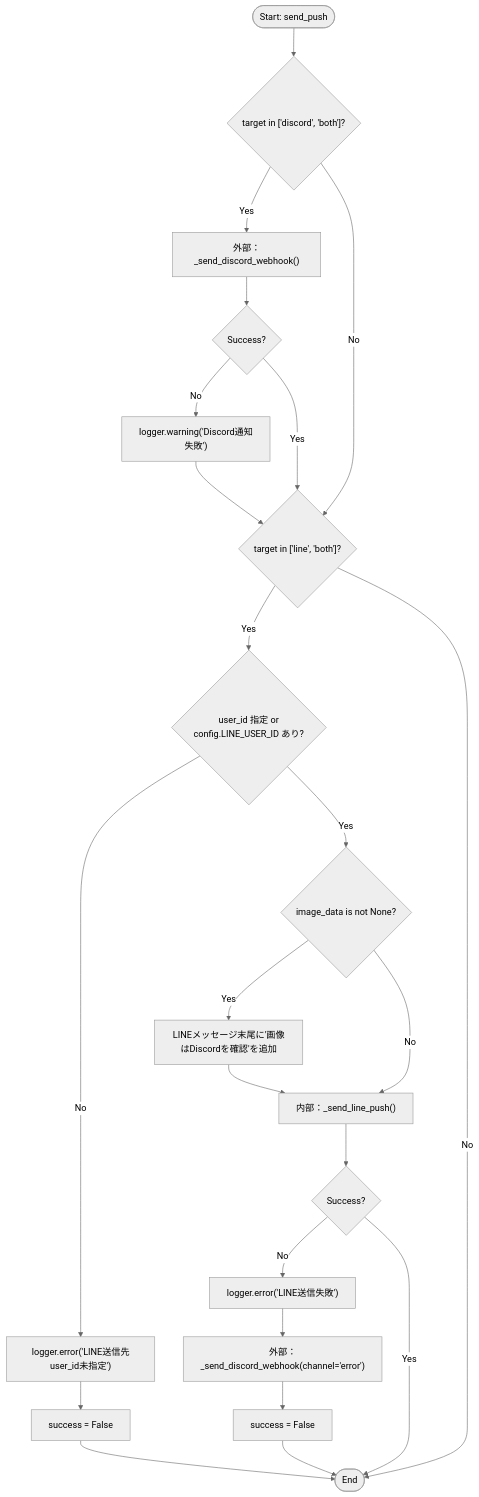
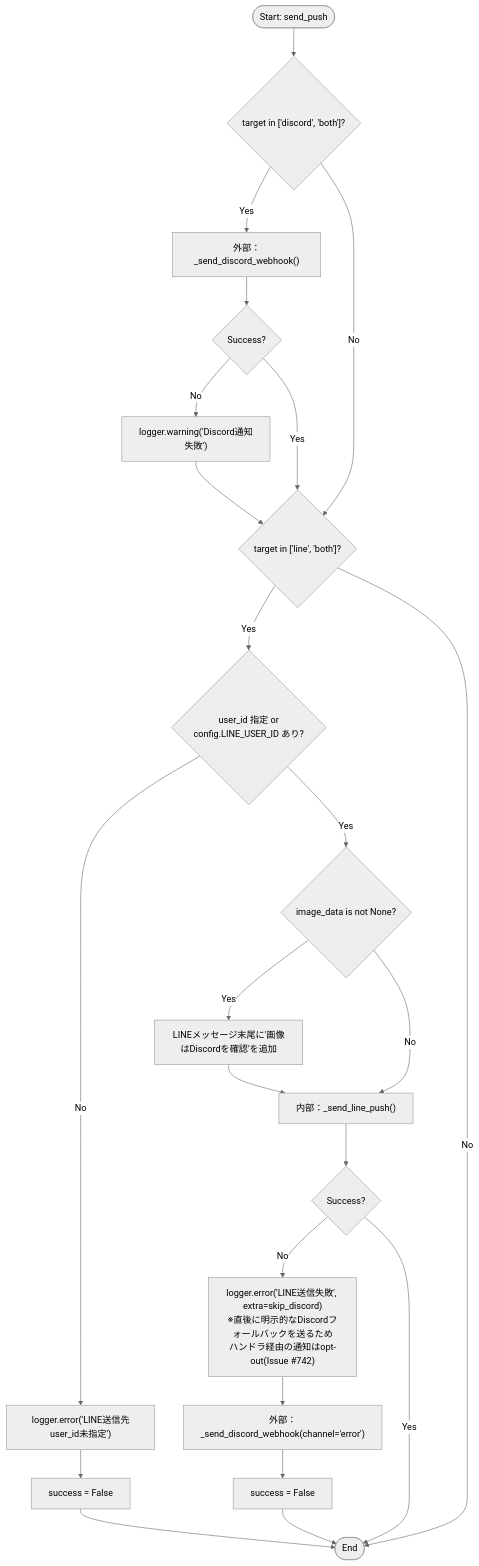
One commit to mmtigers/my_python_project changed the first of 2 diagrams in docs/specifications/MY_HOME_SYSTEM/notification_service.md. Above: the diagram before and after it, drawn with Mermaid (neutral theme). The commit also changed other lines of this file and 66 other files, not shown here.

````diff
--- a/docs/specifications/MY_HOME_SYSTEM/notification_service.md
+++ b/docs/specifications/MY_HOME_SYSTEM/notification_service.md
@@ -188,32 +188,32 @@
 ```mermaid
 flowchart TD
     Start([Start: send_push]) --> TargetCheckDiscord{"target in ['discord', 'both']?"}
     
     TargetCheckDiscord -- Yes --> DiscordSend["外部：_send_discord_webhook()"]
     DiscordSend --> DiscordSuccessCheck{"Success?"}
     DiscordSuccessCheck -- No --> DiscordLogWarning["logger.warning('Discord通知失敗')"]
     DiscordLogWarning --> TargetCheckLine
     DiscordSuccessCheck -- Yes --> TargetCheckLine
     
     TargetCheckDiscord -- No --> TargetCheckLine{"target in ['line', 'both']?"}
     
     TargetCheckLine -- Yes --> ResolveUserId{"user_id 指定 or<br/>config.LINE_USER_ID あり?"}
     ResolveUserId -- No --> LogNoUserId["logger.error('LINE送信先user_id未指定')"]
     LogNoUserId --> SetSuccessFalseNoUserId["success = False"]
     SetSuccessFalseNoUserId --> End([End])
 
     ResolveUserId -- Yes --> ImageDataCheck{"image_data is not None?"}
     ImageDataCheck -- Yes --> AddNote["LINEメッセージ末尾に'画像はDiscordを確認'を追加"]
     AddNote --> LineSend["内部：_send_line_push()"]
     ImageDataCheck -- No --> LineSend
     
     LineSend --> LineSuccessCheck{"Success?"}
-    LineSuccessCheck -- No --> LineLogError["logger.error('LINE送信失敗')"]
+    LineSuccessCheck -- No --> LineLogError["logger.error('LINE送信失敗', extra=skip_discord)<br/>※直後に明示的なDiscordフォールバックを送るため<br/>ハンドラ経由の通知はopt-out(Issue #742)"]
     LineLogError --> FallbackSend["外部：_send_discord_webhook(channel='error')"]
     FallbackSend --> SetSuccessFalse["success = False"]
     SetSuccessFalse --> End
     LineSuccessCheck -- Yes --> End
     
     TargetCheckLine -- No --> End
 
 ```
````
